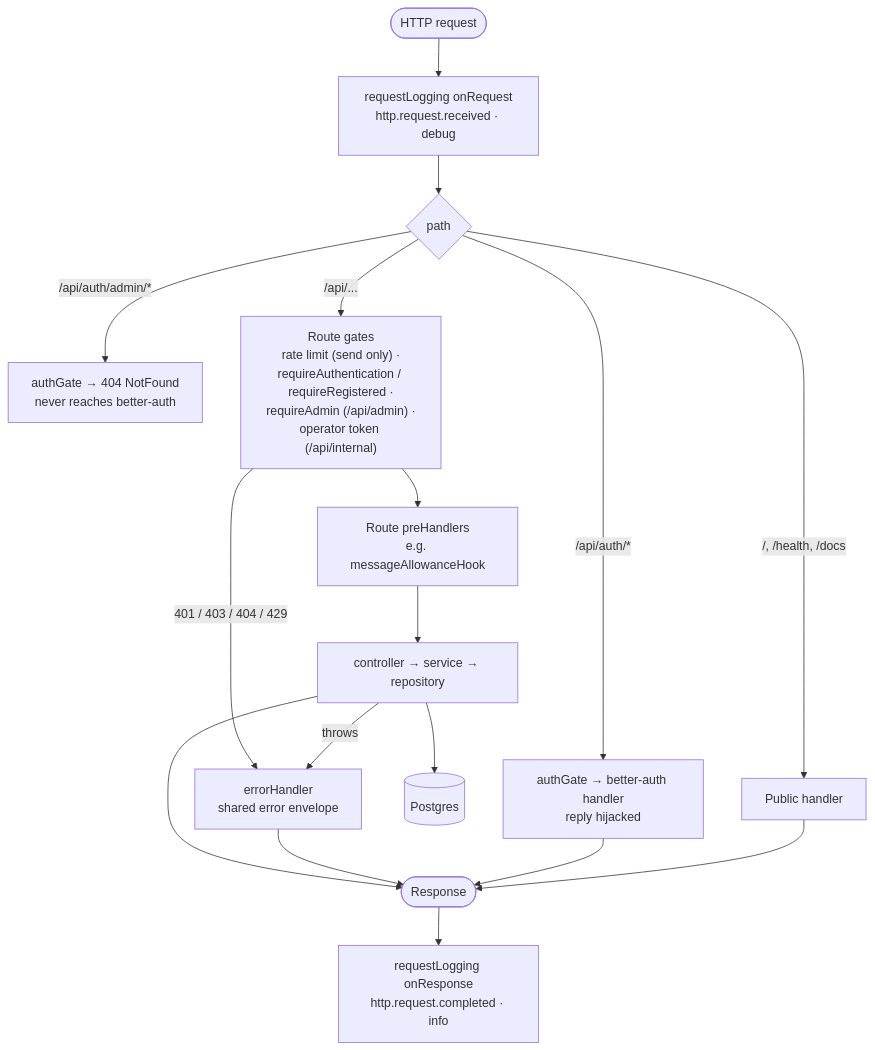
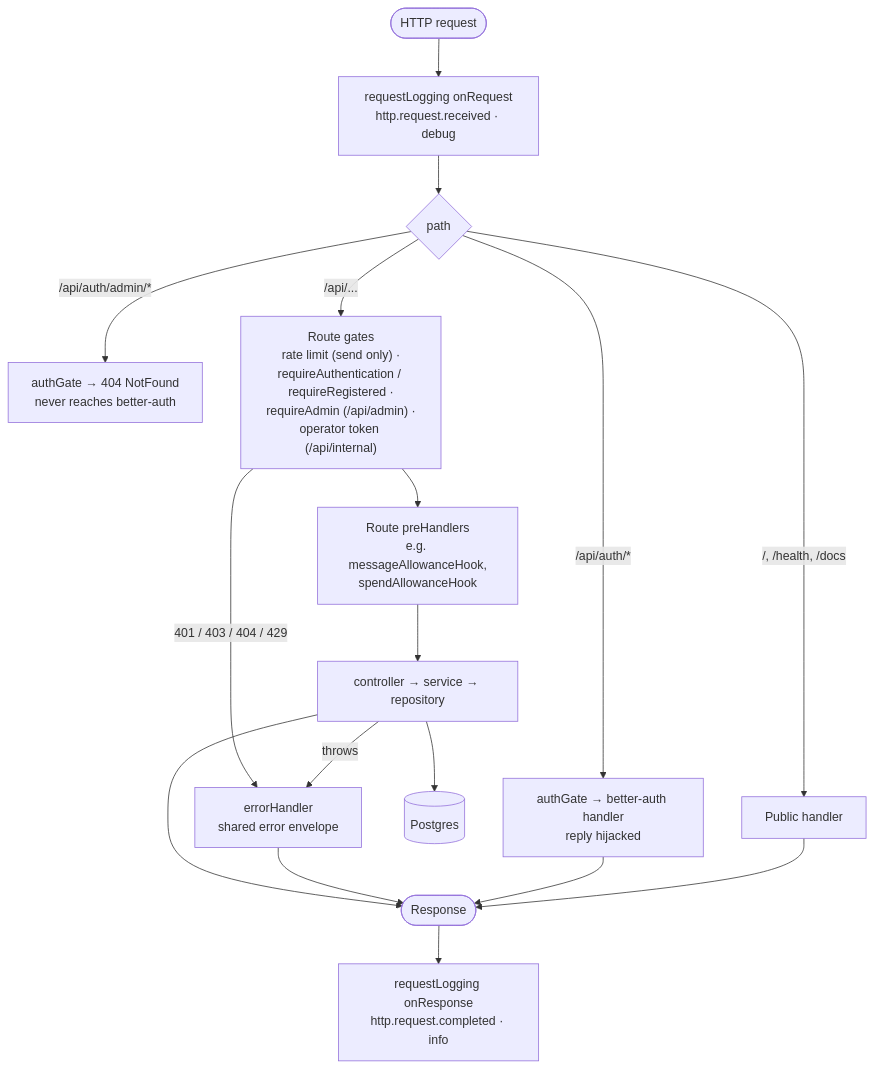
The fourth of 9 diagrams in docs/architecture.md (itsDaiton/nebula-chat), drawn with Mermaid before and after one commit. The commit also changed other lines of this file and 53 other files, not shown here.

Commit message:
feat(server,client,db): NEB-820 Spend allowance on the Operator key (#919)

````diff
--- a/docs/architecture.md
+++ b/docs/architecture.md
@@ -123,19 +123,19 @@
 ```mermaid
 flowchart TD
   req([HTTP request]) --> log1["requestLogging onRequest<br/>http.request.received · debug"]
   log1 --> which{path}
   which -->|"/api/auth/admin/*"| nf["authGate → 404 NotFound<br/>never reaches better-auth"]
   which -->|"/api/auth/*"| ba["authGate → better-auth handler<br/>reply hijacked"]
   which -->|"/, /health, /docs"| public[Public handler]
   which -->|"/api/..."| gates["Route gates<br/>rate limit (send only) ·<br/>requireAuthentication / requireRegistered ·<br/>requireAdmin (/api/admin) ·<br/>operator token (/api/internal)"]
-  gates --> pre["Route preHandlers<br/>e.g. messageAllowanceHook"]
+  gates --> pre["Route preHandlers<br/>e.g. messageAllowanceHook,<br/>spendAllowanceHook"]
   pre --> handler["controller → service → repository"]
   handler --> pg[(Postgres)]
   gates -->|"401 / 403 / 404 / 429"| err
   handler -->|throws| err["errorHandler<br/>shared error envelope"]
   handler --> res([Response])
   err --> res
   ba --> res
   public --> res
   res --> log2["requestLogging onResponse<br/>http.request.completed · info"]
 ```
````
